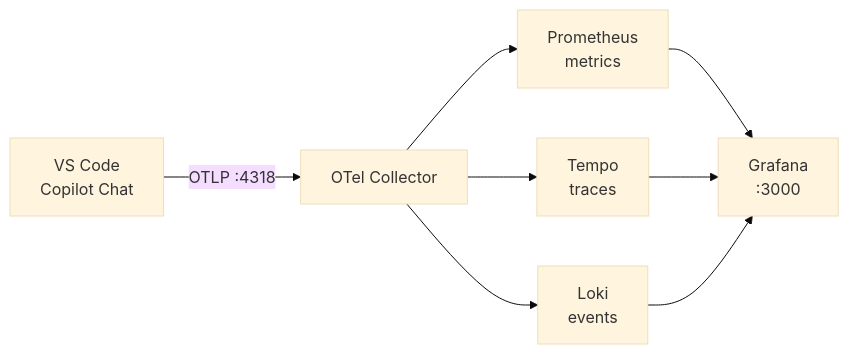
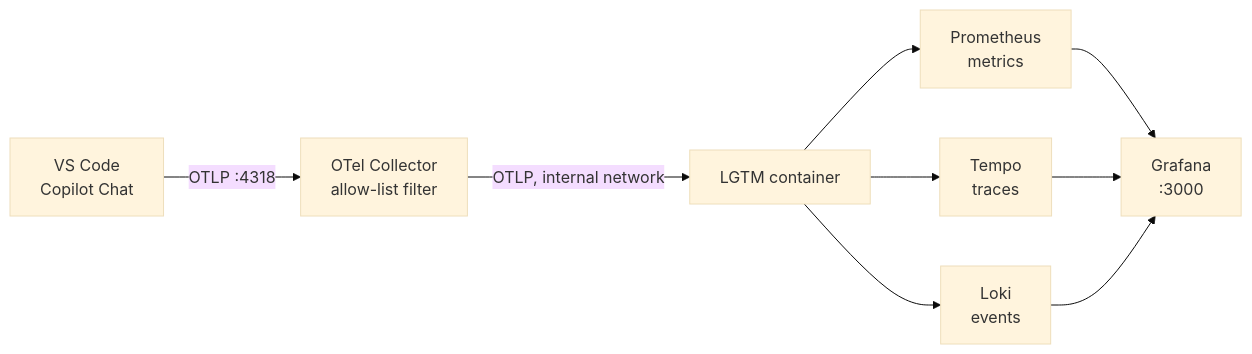
One commit to MohammedAlkindi/hve-core changed the first of 2 diagrams in docs/customization/copilot-otel-metrics.md. Above: the diagram before and after it, drawn with Mermaid (base theme). The commit also changed other lines of this file and 6 other files, not shown here.

````diff
--- a/docs/customization/copilot-otel-metrics.md
+++ b/docs/customization/copilot-otel-metrics.md
@@ -68,10 +68,11 @@
 ```mermaid
 graph LR
-    A["VS Code<br/>Copilot Chat"] -->|OTLP :4318| B["OTel Collector"]
-    B --> C["Prometheus<br/>metrics"]
-    B --> D["Tempo<br/>traces"]
-    B --> E["Loki<br/>events"]
+    A["VS Code<br/>Copilot Chat"] -->|OTLP :4318| B["OTel Collector<br/>allow-list filter"]
+    B -->|OTLP, internal network| G["LGTM container"]
+    G --> C["Prometheus<br/>metrics"]
+    G --> D["Tempo<br/>traces"]
+    G --> E["Loki<br/>events"]
     C --> F["Grafana<br/>:3000"]
     D --> F
     E --> F
 ```
````
